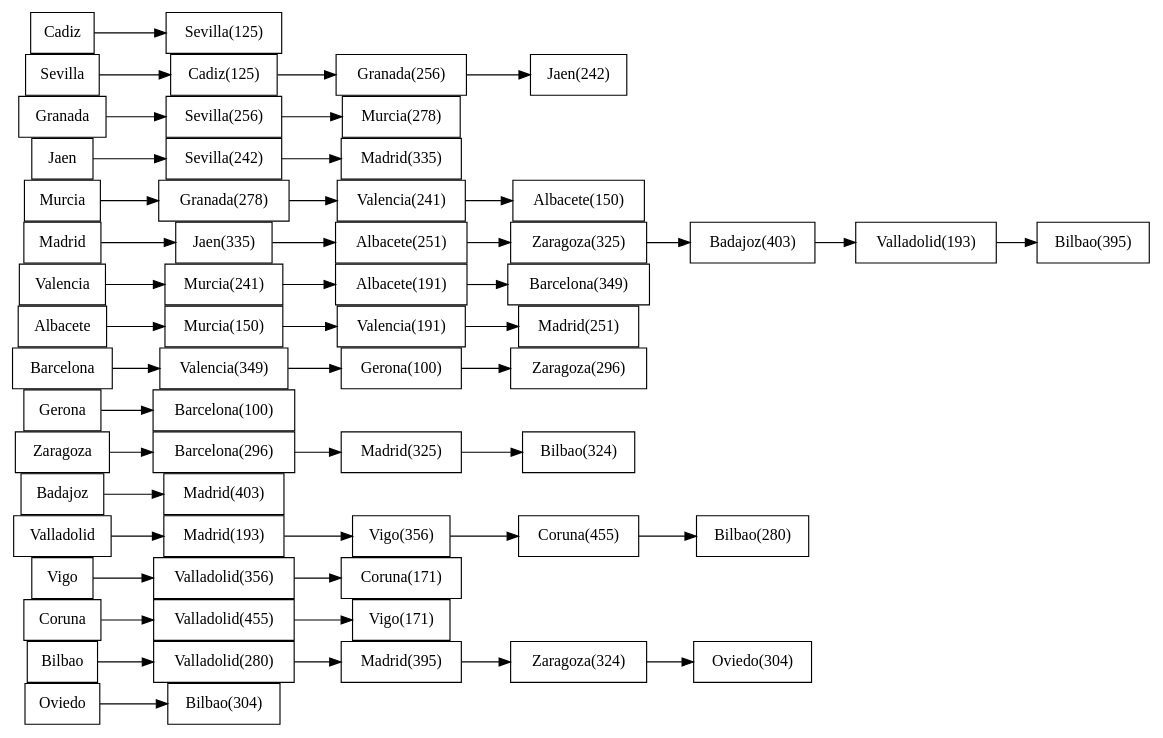
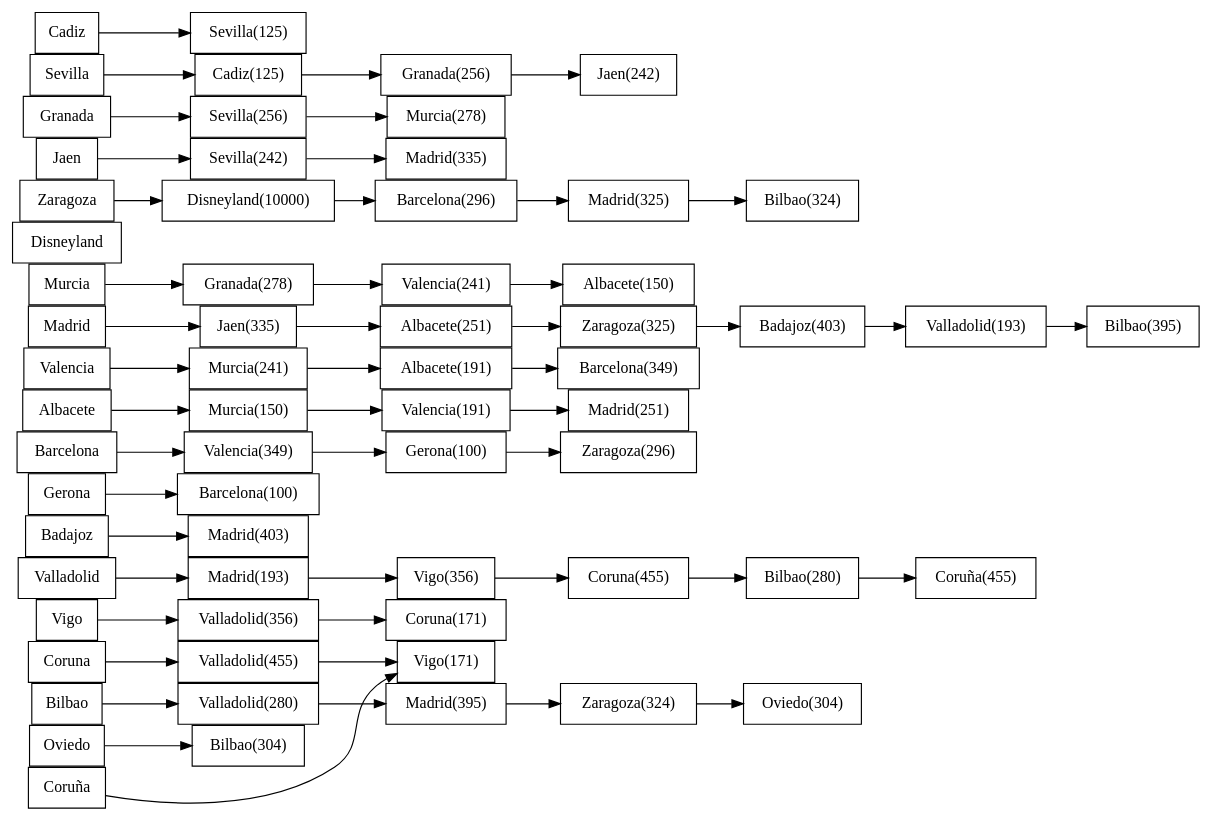
One commit to Sergio-Sebastian/-EDD-Proyecto2_Junio2020_201709159 changed the diagram in [EDD]Proyecto2_Junio2020/ListaAdyacencia.dot. Above: the diagram before and after it, drawn with Graphviz. The commit also changed 69 other files, not shown here.

```diff
--- a/[EDD]Proyecto2_Junio2020/ListaAdyacencia.dot
+++ b/[EDD]Proyecto2_Junio2020/ListaAdyacencia.dot
@@ -1,52 +1,55 @@
 digraph D {
 rankdir=LR
 node[shape=rectangle]
 nodesep=0;
 
 "Cadiz"->"Sevilla(125)";
 "Cadiz"->"Sevilla"[style=invis];"Sevilla"->"Cadiz(125)";
 "Cadiz(125)"->"Granada(256)";
 "Granada(256)"->"Jaen(242)";
 "Sevilla"->"Granada"[style=invis];"Granada"->"Sevilla(256)";
 "Sevilla(256)"->"Murcia(278)";
 "Granada"->"Jaen"[style=invis];"Jaen"->"Sevilla(242)";
 "Sevilla(242)"->"Madrid(335)";
-"Jaen"->"Murcia"[style=invis];"Murcia"->"Granada(278)";
+"Jaen"->"Zaragoza"[style=invis];"Zaragoza"->"Disneyland(10000)";
+"Disneyland(10000)"->"Barcelona(296)";
+"Barcelona(296)"->"Madrid(325)";
+"Madrid(325)"->"Bilbao(324)";
+"Zaragoza"->"Disneyland"[style=invis];"Disneyland"->"Murcia"[style=invis];"Murcia"->"Granada(278)";
 "Granada(278)"->"Valencia(241)";
 "Valencia(241)"->"Albacete(150)";
 "Murcia"->"Madrid"[style=invis];"Madrid"->"Jaen(335)";
 "Jaen(335)"->"Albacete(251)";
 "Albacete(251)"->"Zaragoza(325)";
 "Zaragoza(325)"->"Badajoz(403)";
 "Badajoz(403)"->"Valladolid(193)";
 "Valladolid(193)"->"Bilbao(395)";
 "Madrid"->"Valencia"[style=invis];"Valencia"->"Murcia(241)";
 "Murcia(241)"->"Albacete(191)";
 "Albacete(191)"->"Barcelona(349)";
 "Valencia"->"Albacete"[style=invis];"Albacete"->"Murcia(150)";
 "Murcia(150)"->"Valencia(191)";
 "Valencia(191)"->"Madrid(251)";
 "Albacete"->"Barcelona"[style=invis];"Barcelona"->"Valencia(349)";
 "Valencia(349)"->"Gerona(100)";
 "Gerona(100)"->"Zaragoza(296)";
 "Barcelona"->"Gerona"[style=invis];"Gerona"->"Barcelona(100)";
-"Gerona"->"Zaragoza"[style=invis];"Zaragoza"->"Barcelona(296)";
-"Barcelona(296)"->"Madrid(325)";
-"Madrid(325)"->"Bilbao(324)";
-"Zaragoza"->"Badajoz"[style=invis];"Badajoz"->"Madrid(403)";
+"Gerona"->"Badajoz"[style=invis];"Badajoz"->"Madrid(403)";
 "Badajoz"->"Valladolid"[style=invis];"Valladolid"->"Madrid(193)";
 "Madrid(193)"->"Vigo(356)";
 "Vigo(356)"->"Coruna(455)";
 "Coruna(455)"->"Bilbao(280)";
+"Bilbao(280)"->"Coruña(455)";
 "Valladolid"->"Vigo"[style=invis];"Vigo"->"Valladolid(356)";
 "Valladolid(356)"->"Coruna(171)";
 "Vigo"->"Coruna"[style=invis];"Coruna"->"Valladolid(455)";
 "Valladolid(455)"->"Vigo(171)";
 "Coruna"->"Bilbao"[style=invis];"Bilbao"->"Valladolid(280)";
 "Valladolid(280)"->"Madrid(395)";
 "Madrid(395)"->"Zaragoza(324)";
 "Zaragoza(324)"->"Oviedo(304)";
 "Bilbao"->"Oviedo"[style=invis];"Oviedo"->"Bilbao(304)";
-{rank=same;"Cadiz";"Sevilla";"Sevilla";"Granada";"Granada";"Jaen";"Jaen";"Murcia";"Murcia";"Madrid";"Madrid";"Valencia";"Valencia";"Albacete";"Albacete";"Barcelona";"Barcelona";"Gerona";"Gerona";"Zaragoza";"Zaragoza";"Badajoz";"Badajoz";"Valladolid";"Valladolid";"Vigo";"Vigo";"Coruna";"Coruna";"Bilbao";"Bilbao";"Oviedo";"Oviedo";}
+"Oviedo"->"Coruña"[style=invis];"Coruña"->"Vigo(171)";
+{rank=same;"Cadiz";"Sevilla";"Sevilla";"Granada";"Granada";"Jaen";"Jaen";"Zaragoza";"Zaragoza";"Disneyland";"Murcia";"Murcia";"Madrid";"Madrid";"Valencia";"Valencia";"Albacete";"Albacete";"Barcelona";"Barcelona";"Gerona";"Gerona";"Badajoz";"Badajoz";"Valladolid";"Valladolid";"Vigo";"Vigo";"Coruna";"Coruna";"Bilbao";"Bilbao";"Oviedo";"Oviedo";"Coruña";"Coruña";}
 
 }
```
